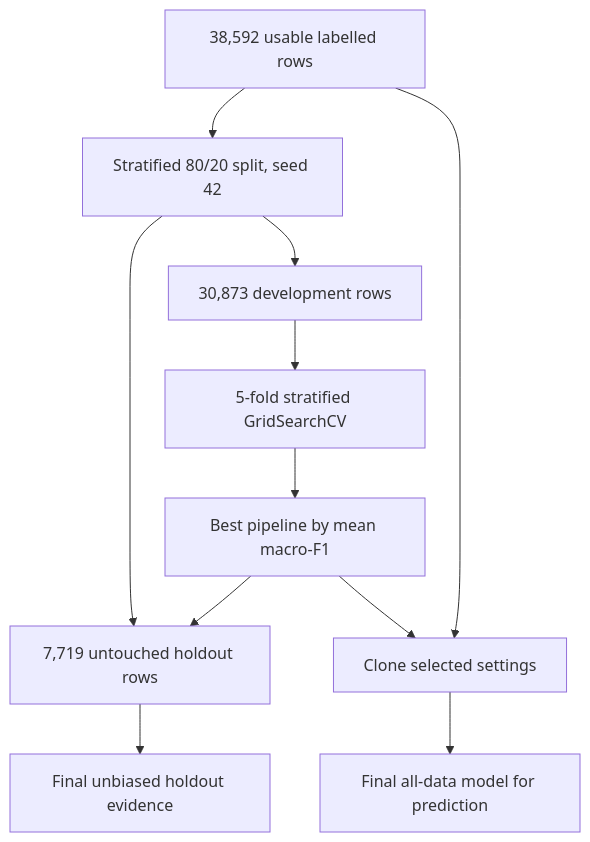
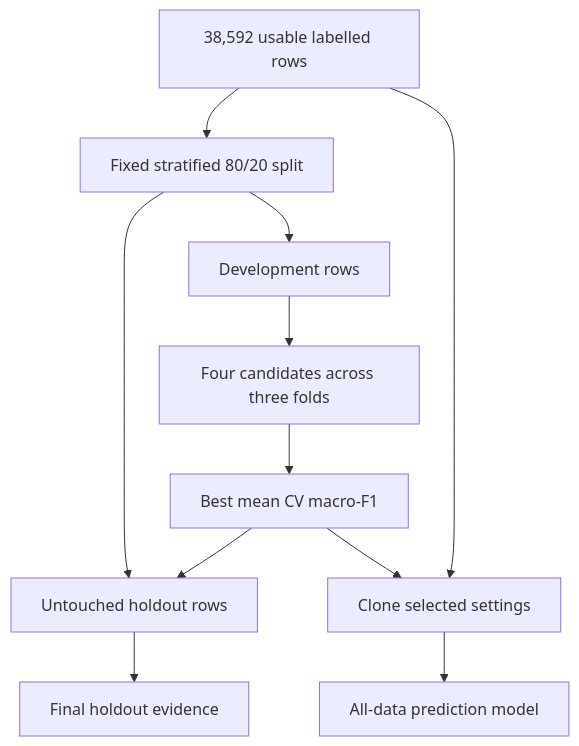
One commit to DatacollectorVN/COSC2753-Project changed the second of 2 diagrams in task2/docs/architecture.md. Above: the diagram before and after it, drawn with Mermaid. The commit also changed other lines of this file and 31 other files, not shown here.

````diff
--- a/task2/docs/architecture.md
+++ b/task2/docs/architecture.md
@@ -58,13 +37,13 @@
 ```mermaid
 flowchart TD
-    A[38,592 usable labelled rows] --> S[Stratified 80/20 split, seed 42]
-    S --> D[30,873 development rows]
-    S --> H[7,719 untouched holdout rows]
-    D --> CV[5-fold stratified GridSearchCV]
-    CV --> B[Best pipeline by mean macro-F1]
+    A[38,592 usable labelled rows] --> S[Fixed stratified 80/20 split]
+    S --> D[Development rows]
+    S --> H[Untouched holdout rows]
+    D --> C[Four candidates across three folds]
+    C --> B[Best mean CV macro-F1]
     B --> H
-    H --> M[Final unbiased holdout evidence]
+    H --> M[Final holdout evidence]
     B --> R[Clone selected settings]
     A --> R
-    R --> F[Final all-data model for prediction]
+    R --> F[All-data prediction model]
 ```
````
